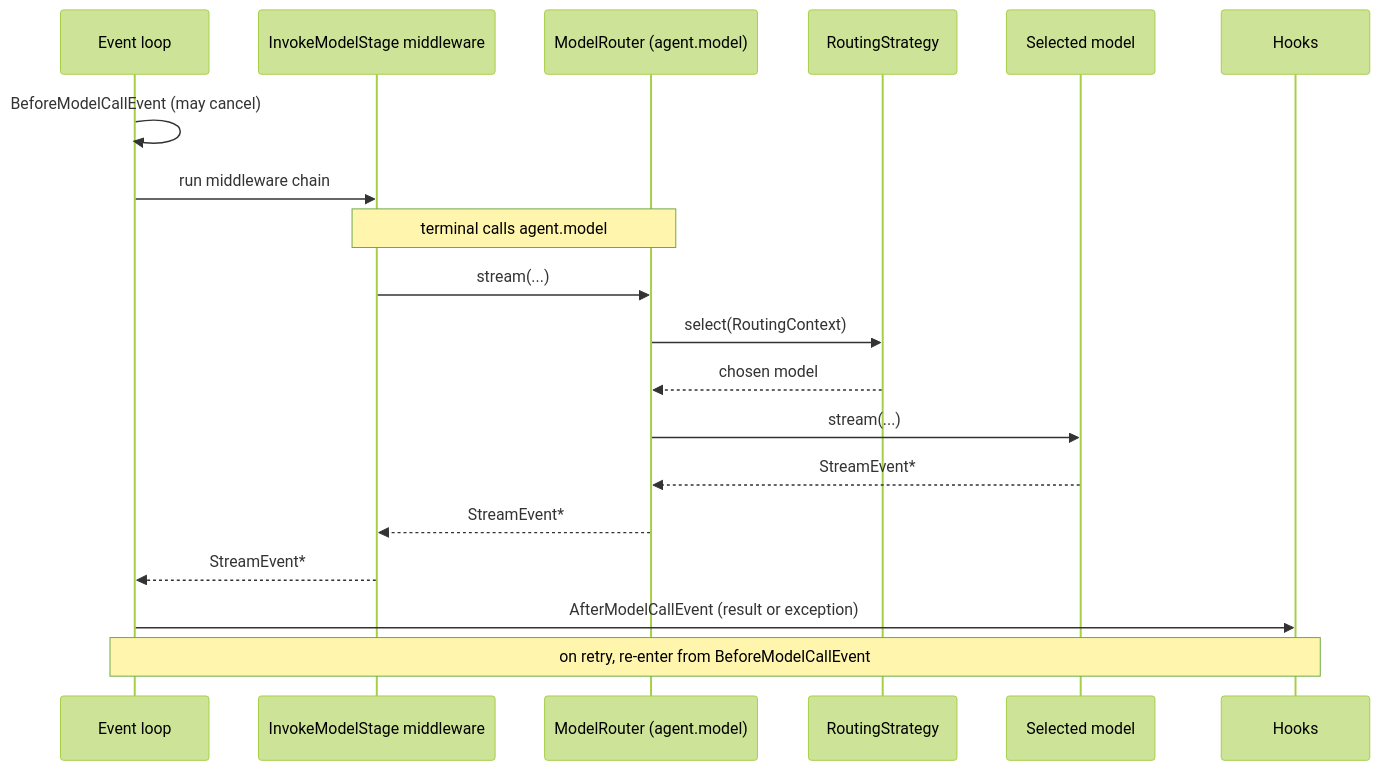
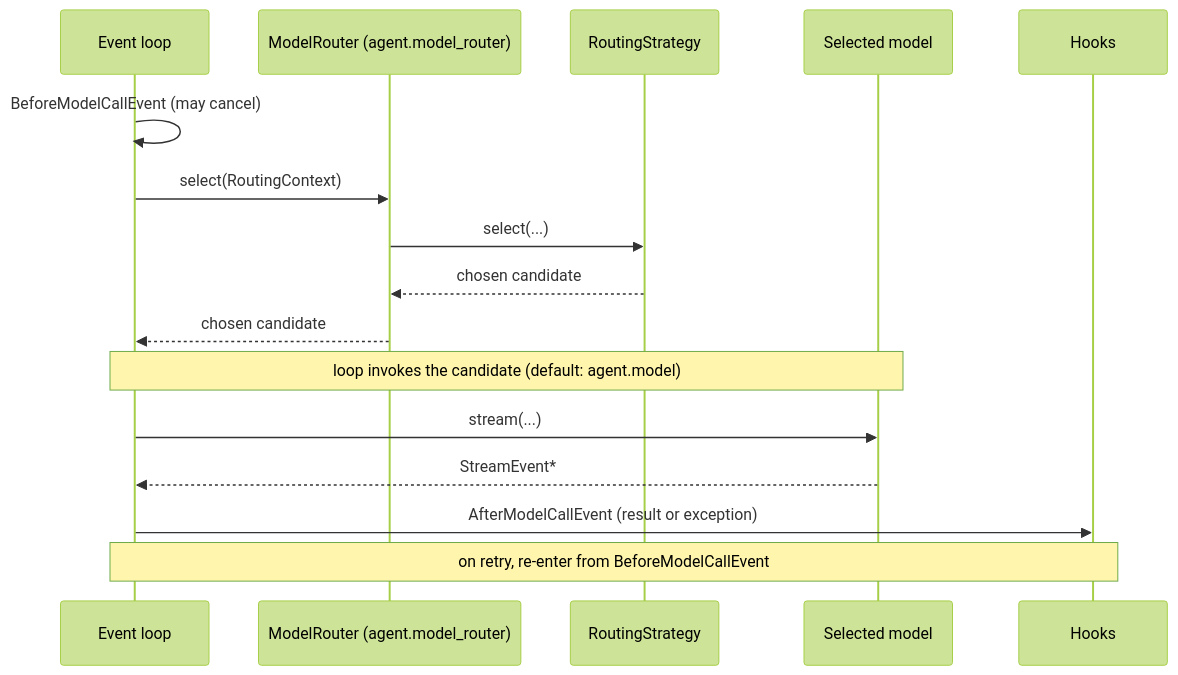
The third of 4 diagrams in team/designs/0015-model-routing.md (strands-agents/sdk-python), drawn with Mermaid (forest theme) before and after one commit. The commit also changed other lines of this file, not shown here.

First line of the commit message:
docs(model-routing): make ModelRouter a first-class type via model_router=

````diff
--- a/team/designs/0015-model-routing.md
+++ b/team/designs/0015-model-routing.md
@@ -182,22 +186,19 @@
 ```mermaid
 sequenceDiagram
     participant EL as Event loop
-    participant MW as InvokeModelStage middleware
-    participant R as ModelRouter (agent.model)
+    participant R as ModelRouter (agent.model_router)
     participant S as RoutingStrategy
     participant M as Selected model
     participant H as Hooks
 
     EL->>EL: BeforeModelCallEvent (may cancel)
-    EL->>MW: run middleware chain
-    Note over MW,R: terminal calls agent.model
-    MW->>R: stream(...)
-    R->>S: select(RoutingContext)
-    S-->>R: chosen model
-    R->>M: stream(...)
-    M-->>R: StreamEvent*
-    R-->>MW: StreamEvent*
-    MW-->>EL: StreamEvent*
+    EL->>R: select(RoutingContext)
+    R->>S: select(...)
+    S-->>R: chosen candidate
+    R-->>EL: chosen candidate
+    Note over EL,M: loop invokes the candidate (default: agent.model)
+    EL->>M: stream(...)
+    M-->>EL: StreamEvent*
     EL->>H: AfterModelCallEvent (result or exception)
     Note over EL,H: on retry, re-enter from BeforeModelCallEvent
 ```
````
